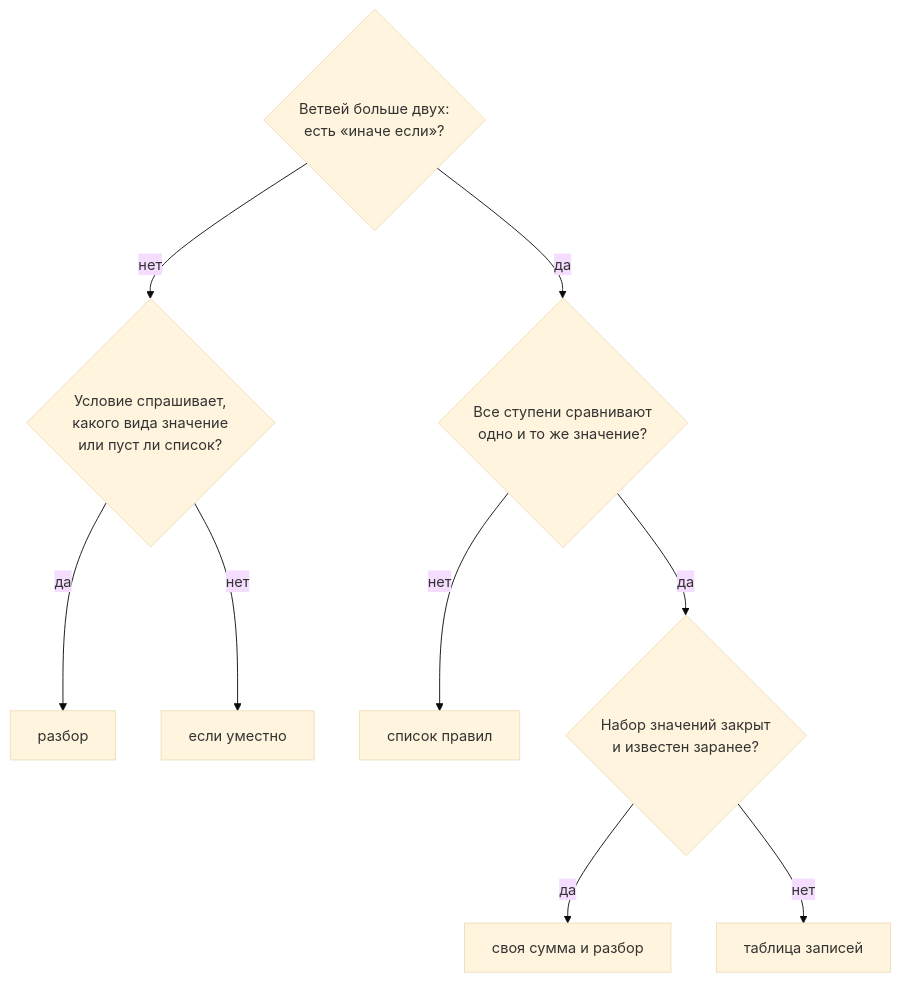
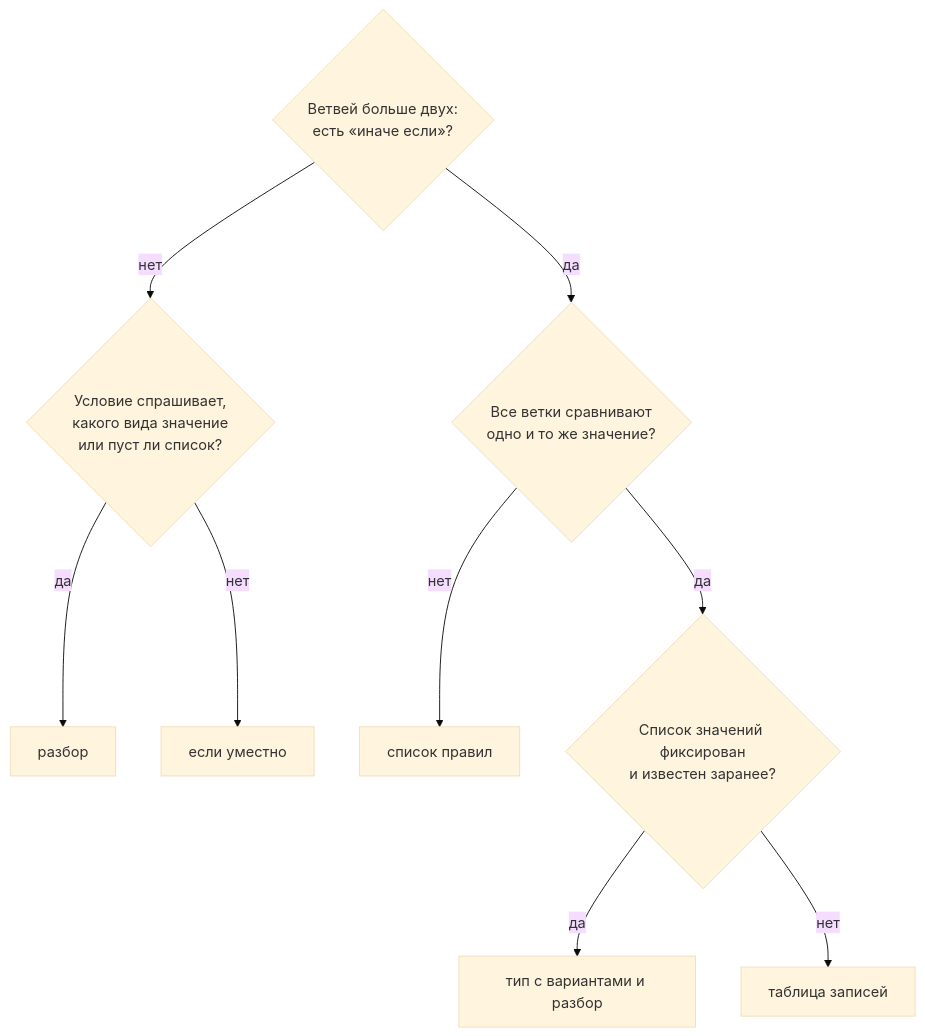
One commit to MyWWWChat/flang changed the third of 4 diagrams in docs/site/which-construct.ru.md. Above: the diagram before and after it, drawn with Mermaid (base theme). The commit also changed other lines of this file and 1 other file, not shown here.

````diff
--- a/docs/site/which-construct.ru.md
+++ b/docs/site/which-construct.ru.md
@@ -81,14 +124,14 @@
 ```mermaid Когда «если» уместно
 flowchart TD
   I1{Ветвей больше двух:<br>есть «иначе если»?}
   I1 -->|нет| I2{Условие спрашивает,<br>какого вида значение<br>или пуст ли список?}
   I2 -->|да| N1[разбор]
   I2 -->|нет| N2[если уместно]
-  I1 -->|да| I3{Все ступени сравнивают<br>одно и то же значение?}
+  I1 -->|да| I3{Все ветки сравнивают<br>одно и то же значение?}
   I3 -->|нет| N3[список правил]
-  I3 -->|да| I4{Набор значений закрыт<br>и известен заранее?}
-  I4 -->|да| N4[своя сумма и разбор]
+  I3 -->|да| I4{Список значений фиксирован<br>и известен заранее?}
+  I4 -->|да| N4[тип с вариантами и разбор]
   I4 -->|нет| N5[таблица записей]
   class N1,N4 glavnoe
   class N2,N3,N5 vyvod
 ```
````
